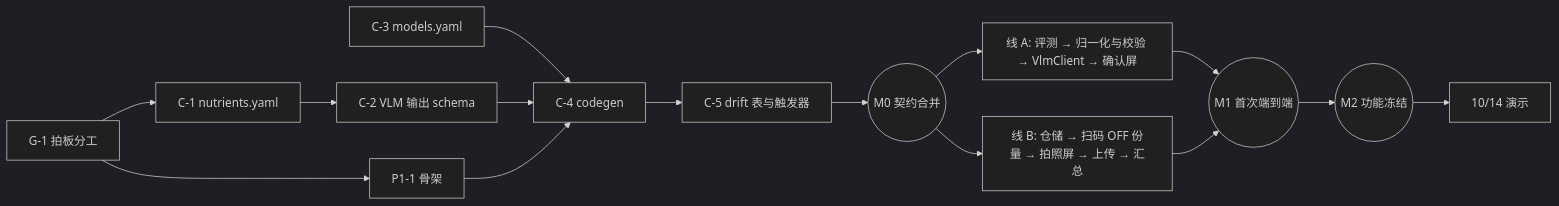
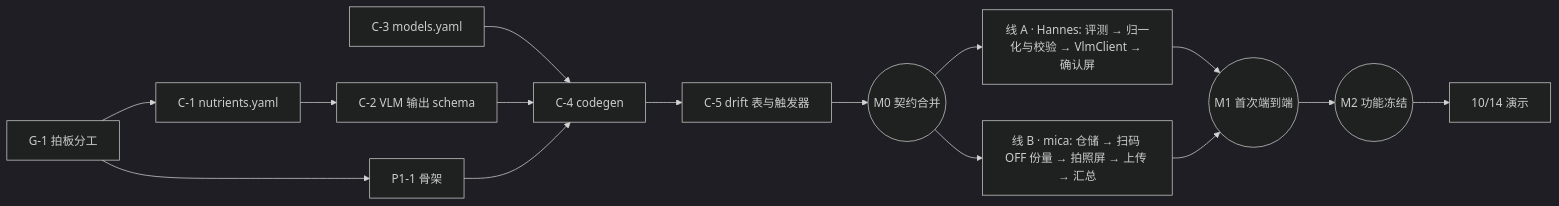
The diagram in docs/DEV_PLAN.md (EatWell-Studio/NutriScan-MVP), drawn with Mermaid (dark theme) before and after one commit. The commit also changed other lines of this file and 11 other files, not shown here.

````diff
--- a/docs/DEV_PLAN.md
+++ b/docs/DEV_PLAN.md
@@ -295,17 +302,17 @@
 ```mermaid
 flowchart LR
   G1[G-1 拍板分工] --> P11[P1-1 骨架]
   G1 --> C1[C-1 nutrients.yaml]
   C1 --> C2[C-2 VLM 输出 schema]
   C3[C-3 models.yaml] --> C4
   C2 --> C4[C-4 codegen]
   P11 --> C4
   C4 --> C5[C-5 drift 表与触发器]
   C5 --> M0((M0 契约合并))
-  M0 --> A[线 A: 评测 → 归一化与校验 → VlmClient → 确认屏]
-  M0 --> B[线 B: 仓储 → 扫码 OFF 份量 → 拍照屏 → 上传 → 汇总]
+  M0 --> A[线 A · Hannes: 评测 → 归一化与校验 → VlmClient → 确认屏]
+  M0 --> B[线 B · mica: 仓储 → 扫码 OFF 份量 → 拍照屏 → 上传 → 汇总]
   A --> M1((M1 首次端到端))
   B --> M1
   M1 --> M2((M2 功能冻结))
   M2 --> D[10/14 演示]
 ```
````
